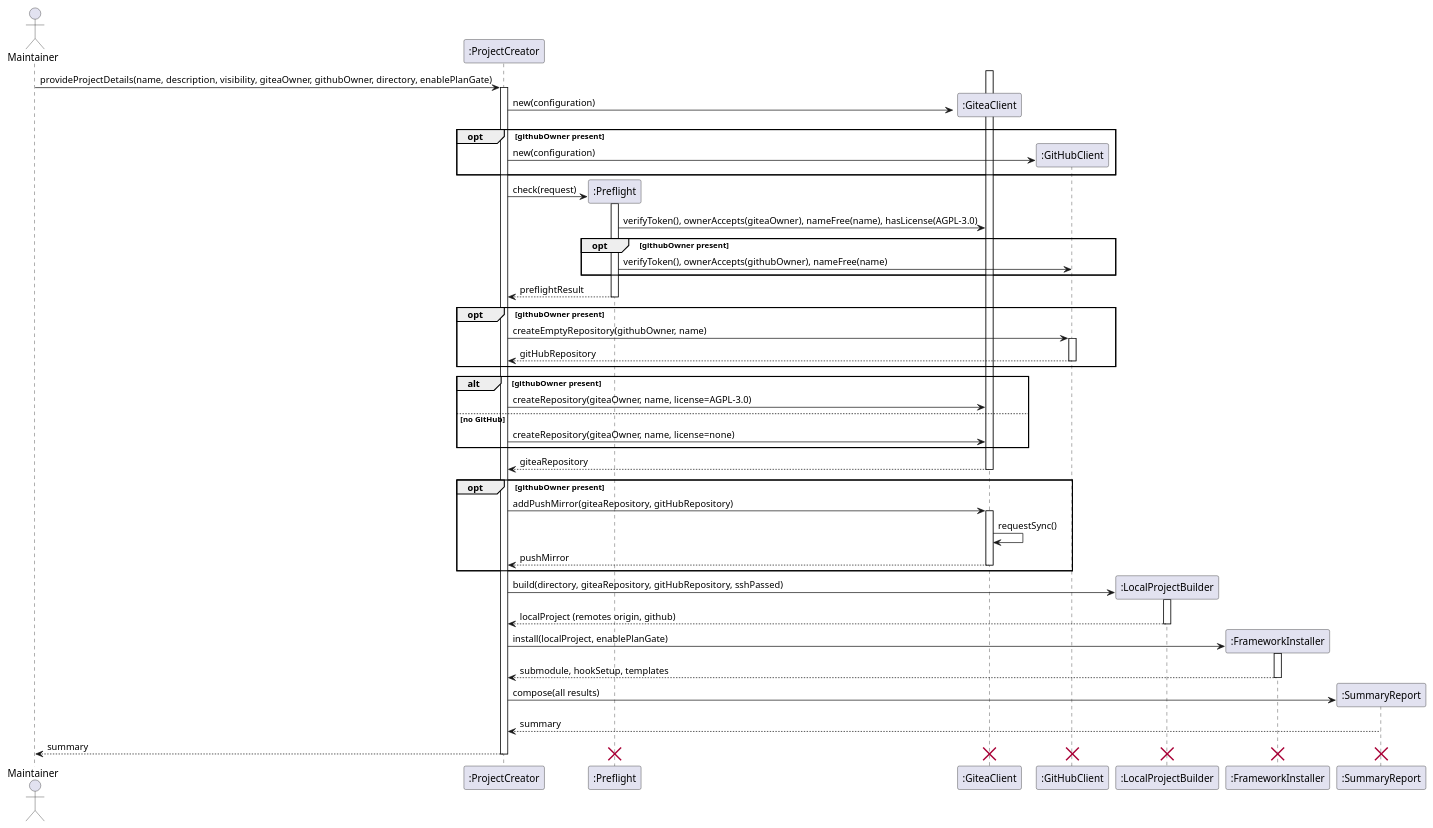
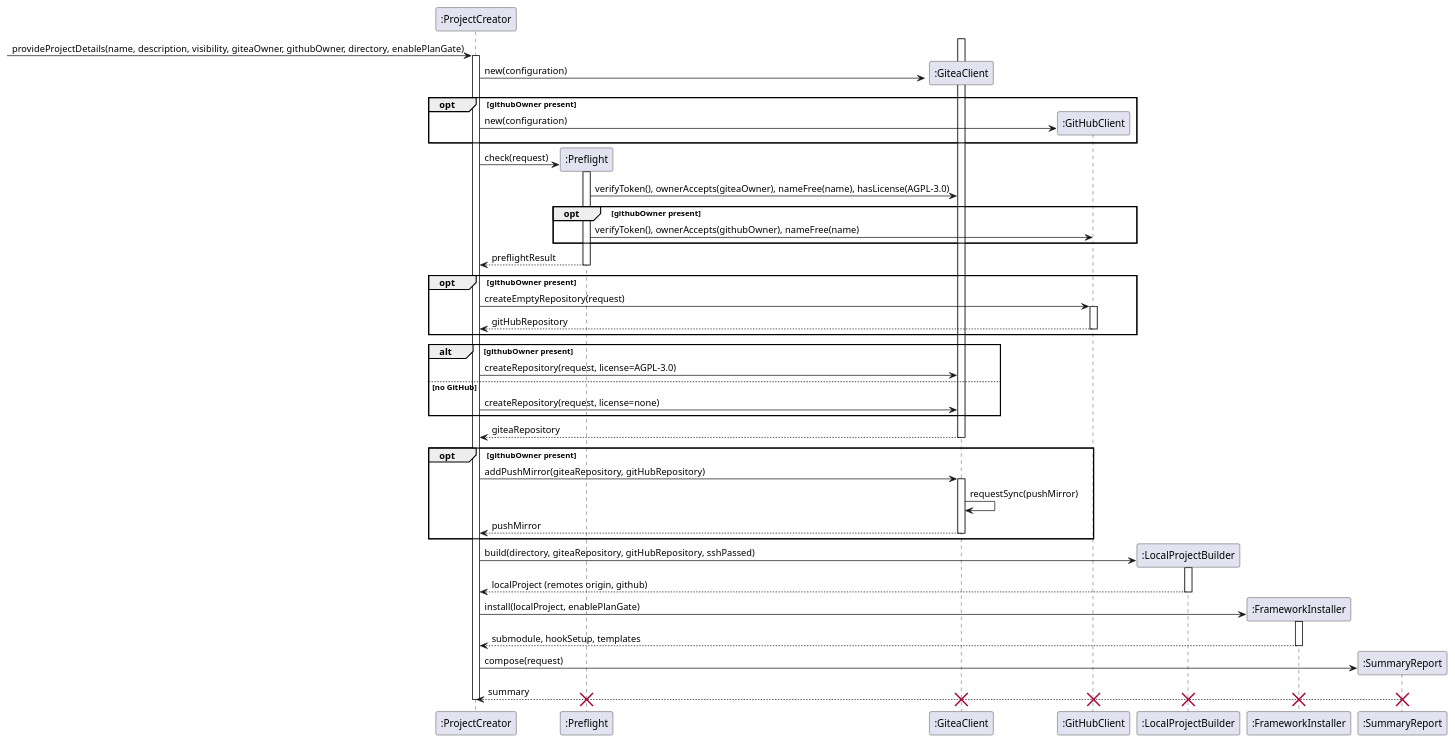
One commit to TirSystem-BashScript/RepoFoundry changed the second of 2 diagrams in docs/uc-001/sd.md. Above: the diagram before and after it, drawn with PlantUML. The commit also changed other lines of this file and 5 other files, not shown here.

First line of the commit message:
Add the Design Class Diagrams DCD-001 and DCD-002, align SD-001

````diff
--- a/docs/uc-001/sd.md
+++ b/docs/uc-001/sd.md
@@ -78,78 +78,77 @@
 ```plantuml
 @startuml
-actor Maintainer
+'actor Maintainer
 participant ":ProjectCreator" as PC
 participant ":Preflight" as PF
 participant ":GiteaClient" as GT
 participant ":GitHubClient" as GH
 participant ":LocalProjectBuilder" as LB
 participant ":FrameworkInstaller" as FI
 participant ":SummaryReport" as SR
 
-Maintainer -> PC : provideProjectDetails(name, description, visibility, giteaOwner, githubOwner, directory, enablePlanGate)
+ -> PC : provideProjectDetails(name, description, visibility, giteaOwner, githubOwner, directory, enablePlanGate)
 activate PC
 create GT
 PC -> GT : new(configuration)
 opt githubOwner present
   create GH
   PC -> GH : new(configuration)
 end
 create PF
 PC -> PF : check(request)
 activate PF
 PF -> GT : verifyToken(), ownerAccepts(giteaOwner), nameFree(name), hasLicense(AGPL-3.0)
 opt githubOwner present
   PF -> GH : verifyToken(), ownerAccepts(githubOwner), nameFree(name)
 end
 PF --> PC : preflightResult
 deactivate PF
 
 opt githubOwner present
-  PC -> GH : createEmptyRepository(githubOwner, name)
+  PC -> GH : createEmptyRepository(request)
   activate GH
   GH --> PC : gitHubRepository
   deactivate GH
 end
 
 alt githubOwner present
-  PC -> GT : createRepository(giteaOwner, name, license=AGPL-3.0)
+  PC -> GT : createRepository(request, license=AGPL-3.0)
 else no GitHub
-  PC -> GT : createRepository(giteaOwner, name, license=none)
+  PC -> GT : createRepository(request, license=none)
 end
 activate GT
 GT --> PC : giteaRepository
 deactivate GT
 
 opt githubOwner present
   PC -> GT : addPushMirror(giteaRepository, gitHubRepository)
   activate GT
-  GT -> GT : requestSync()
+  GT -> GT : requestSync(pushMirror)
   GT --> PC : pushMirror
   deactivate GT
 end
 
 create LB
 PC -> LB : build(directory, giteaRepository, gitHubRepository, sshPassed)
 activate LB
 LB --> PC : localProject (remotes origin, github)
 deactivate LB
 
 create FI
 PC -> FI : install(localProject, enablePlanGate)
 activate FI
 FI --> PC : submodule, hookSetup, templates
 deactivate FI
 
 create SR
-PC -> SR : compose(all results)
+PC -> SR : compose(request)
 SR --> PC : summary
-PC --> Maintainer : summary
 deactivate PC
 destroy PF
 destroy GT
 destroy GH
 destroy LB
 destroy FI
 destroy SR
 @enduml
 ```
````
